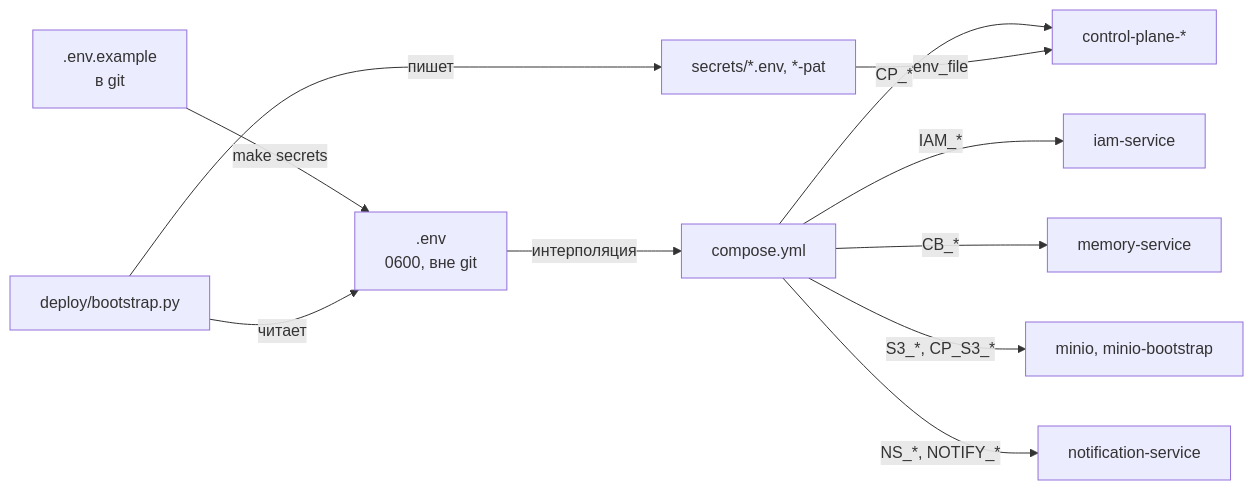
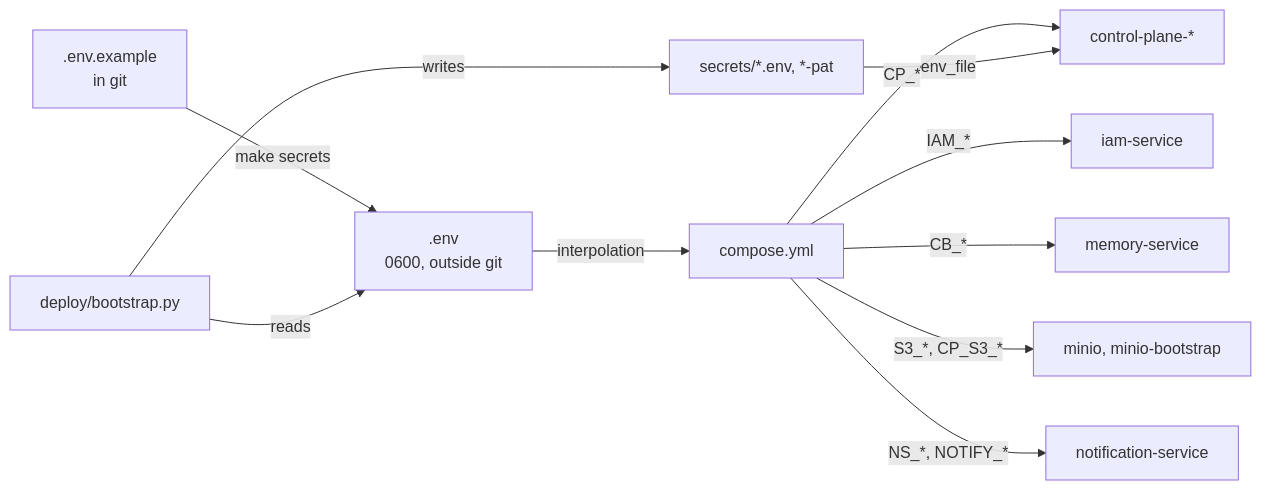
Before and after one commit to monthu56/taimen: the diagram in guide/docs/getting-started/configuration.md, drawn with Mermaid. The commit also changed other lines of this file and 183 other files, not shown here.

````diff
--- a/guide/docs/getting-started/configuration.md
+++ b/guide/docs/getting-started/configuration.md
@@ -11,13 +13,13 @@
 ```mermaid
 flowchart LR
-    EX[.env.example<br/>в git] -->|make secrets| ENV[.env<br/>0600, вне git]
-    ENV -->|интерполяция| C[compose.yml]
+    EX[.env.example<br/>in git] -->|make secrets| ENV[.env<br/>0600, outside git]
+    ENV -->|interpolation| C[compose.yml]
     C -->|CP_*| CP[control-plane-*]
     C -->|IAM_*| IAM[iam-service]
     C -->|CB_*| MEM[memory-service]
     C -->|S3_*, CP_S3_*| S3[minio, minio-bootstrap]
     C -->|NS_*, NOTIFY_*| OPT[notification-service]
-    B[deploy/bootstrap.py] -->|читает| ENV
-    B -->|пишет| SEC[secrets/*.env, *-pat]
+    B[deploy/bootstrap.py] -->|reads| ENV
+    B -->|writes| SEC[secrets/*.env, *-pat]
     SEC -->|env_file| CP
 ```
````
